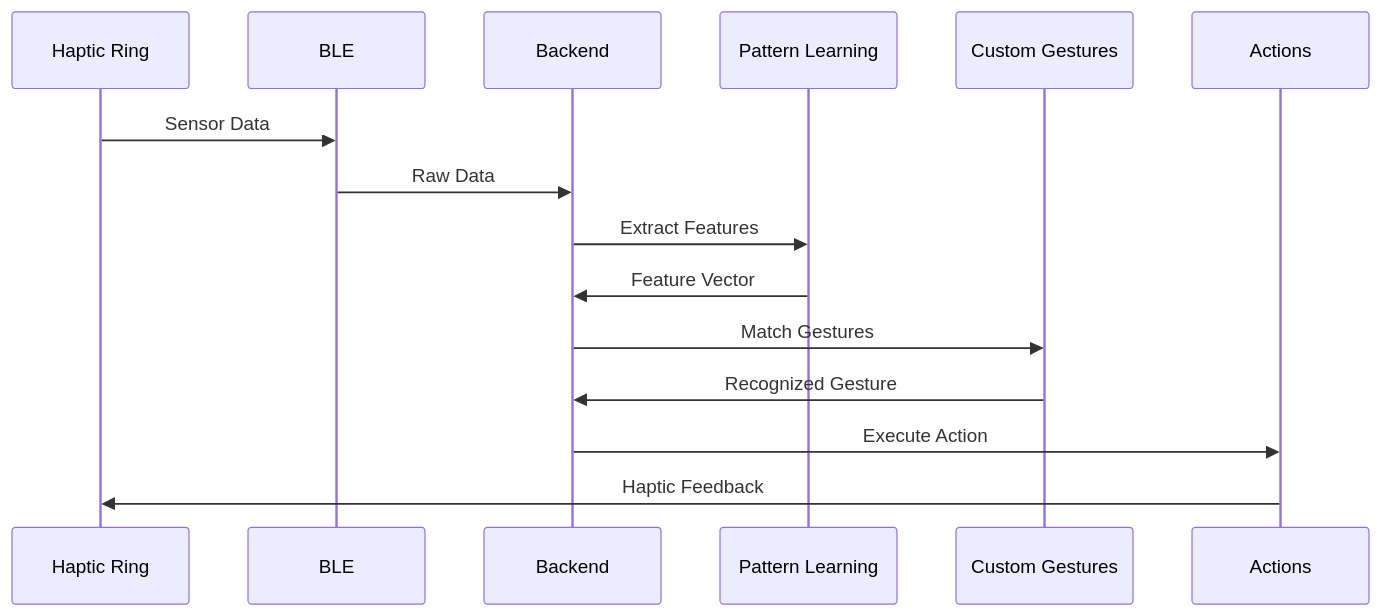
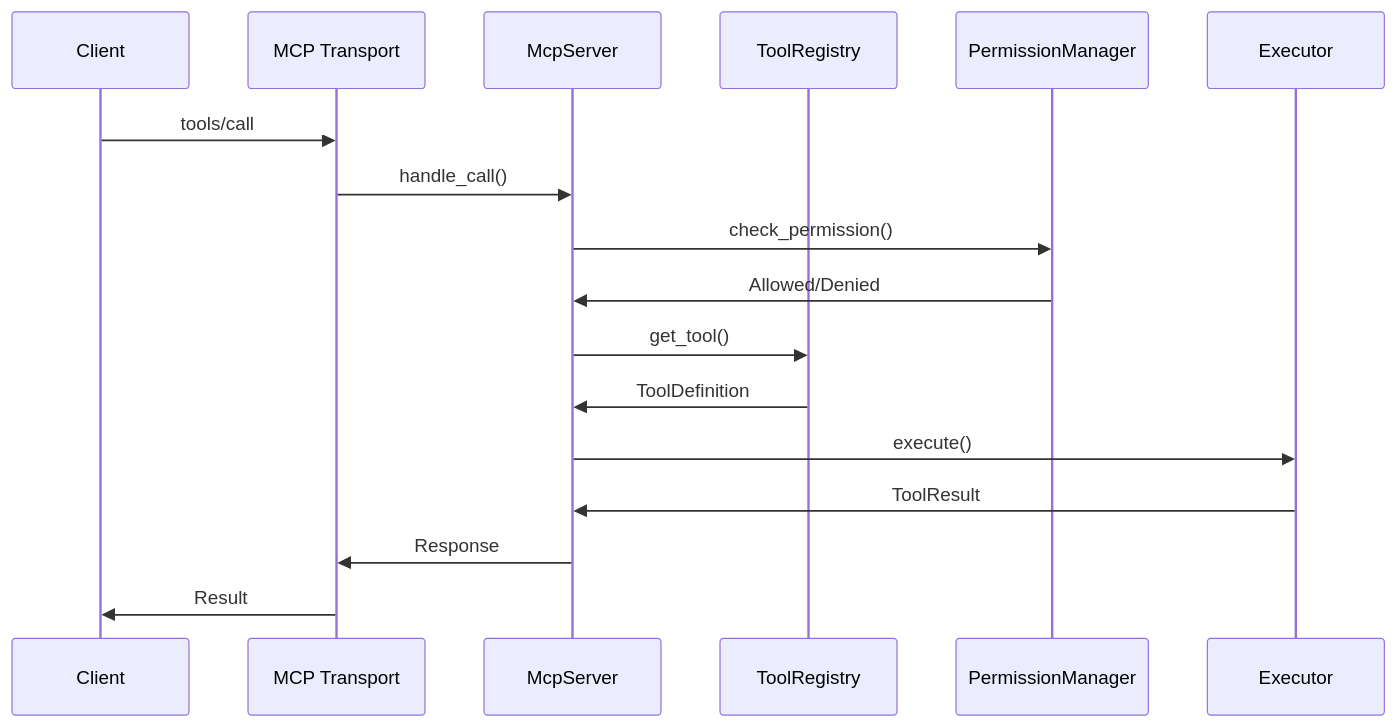
One commit to gestura-ai/gestura-app changed the fifth of 8 diagrams in docs/ARCHITECTURE.md. Above: the diagram before and after it, drawn with Mermaid. The commit also changed other lines of this file and 67 other files, not shown here.

````diff
--- a/docs/ARCHITECTURE.md
+++ b/docs/ARCHITECTURE.md
@@ -210,18 +337,20 @@
 ```mermaid
 sequenceDiagram
-    participant Ring as Haptic Ring
-    participant BLE
-    participant Backend
-    participant Pattern as Pattern Learning
-    participant Custom as Custom Gestures
-    participant Actions
-    
-    Ring->>BLE: Sensor Data
-    BLE->>Backend: Raw Data
-    Backend->>Pattern: Extract Features
-    Pattern->>Backend: Feature Vector
-    Backend->>Custom: Match Gestures
-    Custom->>Backend: Recognized Gesture
-    Backend->>Actions: Execute Action
-    Actions->>Ring: Haptic Feedback
+    participant Client
+    participant Transport as MCP Transport
+    participant Server as McpServer
+    participant Registry as ToolRegistry
+    participant Permission as PermissionManager
+    participant Executor
+
+    Client->>Transport: tools/call
+    Transport->>Server: handle_call()
+    Server->>Permission: check_permission()
+    Permission->>Server: Allowed/Denied
+    Server->>Registry: get_tool()
+    Registry->>Server: ToolDefinition
+    Server->>Executor: execute()
+    Executor->>Server: ToolResult
+    Server->>Transport: Response
+    Transport->>Client: Result
 ```
````
